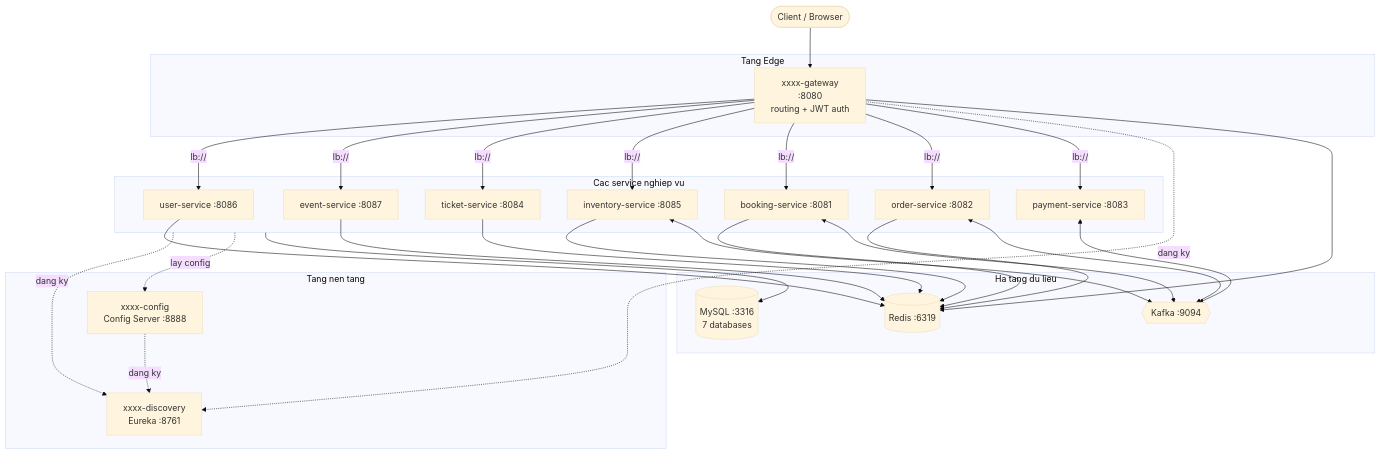
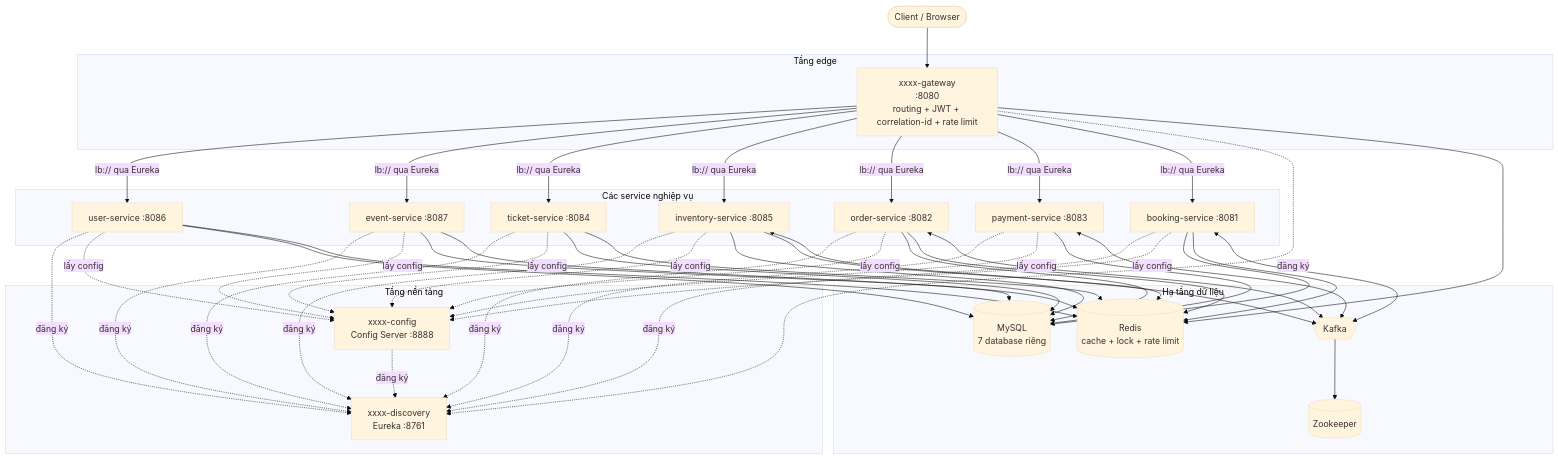
One commit to themanhnd/microservice-ban-ve-tau changed the first of 4 diagrams in docs/architecture.md. Above: the diagram before and after it, drawn with Mermaid (base theme). The commit also changed other lines of this file and 160 other files, not shown here.

````diff
--- a/docs/architecture.md
+++ b/docs/architecture.md
@@ -11,42 +8,45 @@
 ```mermaid
 flowchart TB
     Client([Client / Browser])
 
-    subgraph EDGE[Tang Edge]
-        GW["xxxx-gateway<br/>:8080<br/>routing + JWT auth"]
+    subgraph EDGE[Tầng edge]
+        GW["xxxx-gateway<br/>:8080<br/>routing + JWT + correlation-id + rate limit"]
     end
 
-    subgraph PLATFORM[Tang nen tang]
+    subgraph PLATFORM[Tầng nền tảng]
         DISC["xxxx-discovery<br/>Eureka :8761"]
         CFG["xxxx-config<br/>Config Server :8888"]
     end
 
-    subgraph BUSINESS[Cac service nghiep vu]
+    subgraph BUSINESS[Các service nghiệp vụ]
         USER["user-service :8086"]
         EVENT["event-service :8087"]
         TICKET["ticket-service :8084"]
         INV["inventory-service :8085"]
-        BOOK["booking-service :8081"]
         ORDER["order-service :8082"]
         PAY["payment-service :8083"]
+        BOOK["booking-service :8081"]
     end
 
-    subgraph INFRA[Ha tang du lieu]
-        MYSQL[("MySQL :3316<br/>7 databases")]
-        REDIS[("Redis :6319")]
-        KAFKA{{"Kafka :9094"}}
+    subgraph DATA[Hạ tầng dữ liệu]
+        MYSQL[("MySQL\n7 database riêng")]
+        REDIS[("Redis\ncache + lock + rate limit")]
+        KAFKA{{"Kafka"}}
+        ZK[("Zookeeper")]
     end
 
     Client --> GW
-    GW -->|lb://| USER & EVENT & TICKET & INV & BOOK & ORDER & PAY
+    GW -->|lb:// qua Eureka| USER & EVENT & TICKET & INV & ORDER & PAY & BOOK
 
-    BUSINESS -.dang ky.-> DISC
-    GW -.dang ky.-> DISC
-    CFG -.dang ky.-> DISC
-    BUSINESS -.lay config.-> CFG
+    GW -. đăng ký .-> DISC
+    CFG -. đăng ký .-> DISC
+    USER & EVENT & TICKET & INV & ORDER & PAY & BOOK -. đăng ký .-> DISC
 
-    BUSINESS --> MYSQL
-    BOOK & ORDER & TICKET & INV & USER & EVENT --> REDIS
+    USER & EVENT & TICKET & INV & ORDER & PAY & BOOK -. lấy config .-> CFG
+
+    USER & EVENT & TICKET & INV & ORDER & PAY & BOOK --> MYSQL
     GW --> REDIS
-    ORDER & PAY & INV & BOOK <--> KAFKA
+    USER & EVENT & TICKET & INV & ORDER & BOOK --> REDIS
+    ORDER & INV & PAY & BOOK <--> KAFKA
+    KAFKA --> ZK
 ```
````
